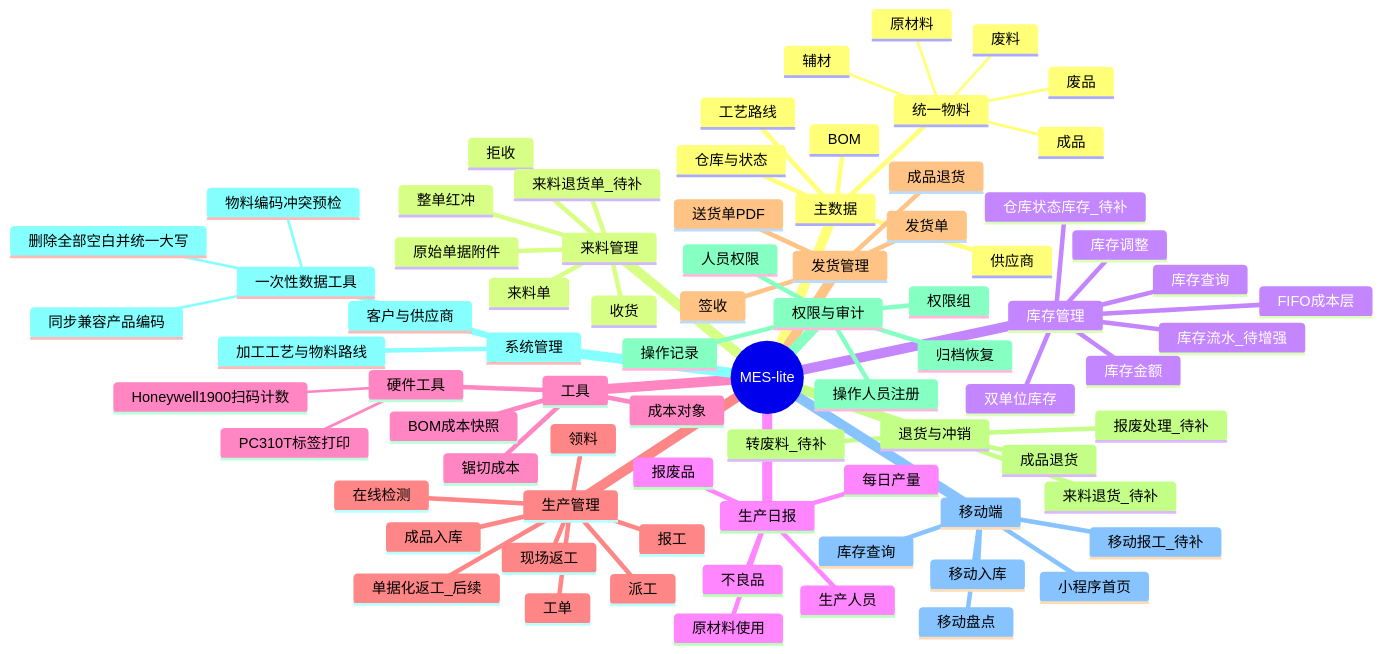
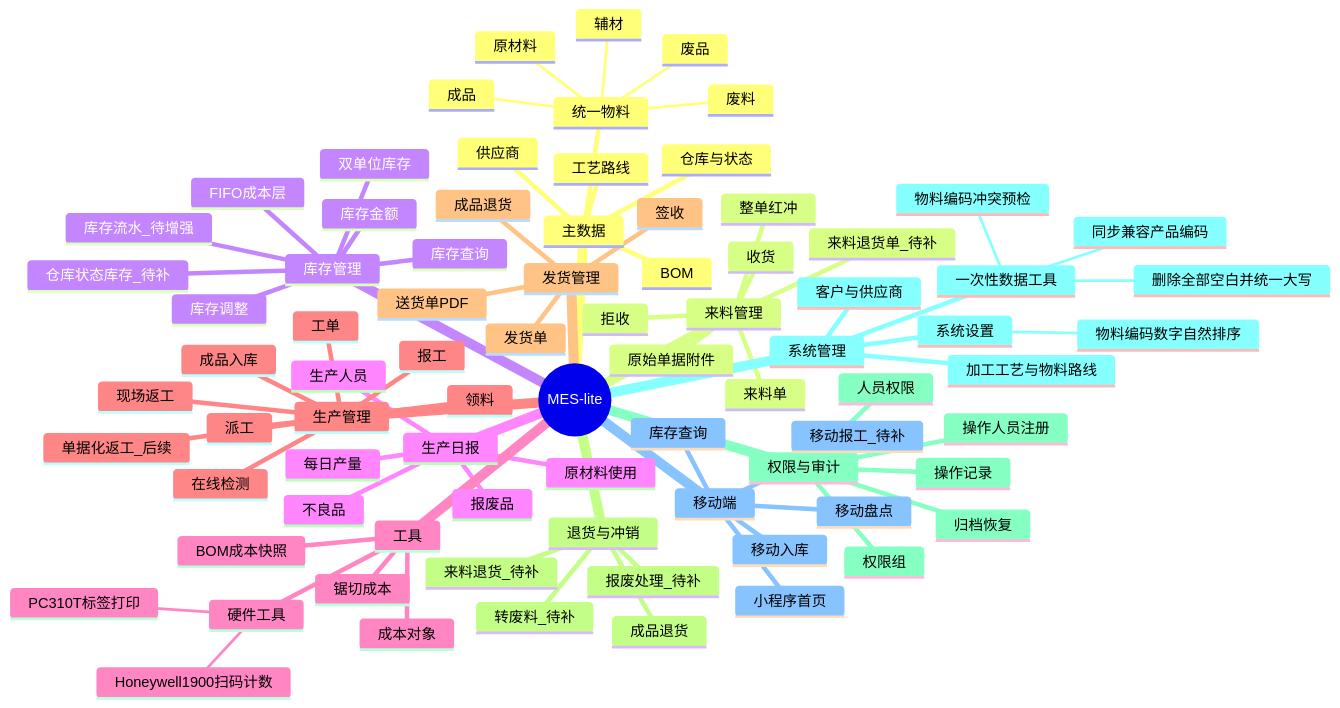
The first of 15 diagrams in docs/minierp/system-function-flow.md (goldf2/mes-lite), drawn with Mermaid before and after one commit. The commit also changed other lines of this file and 16 other files, not shown here.

```diff
--- a/docs/minierp/system-function-flow.md
+++ b/docs/minierp/system-function-flow.md
@@ -85,6 +85,8 @@
     系统管理
       客户与供应商
       加工工艺与物料路线
+      系统设置
+        物料编码数字自然排序
       一次性数据工具
         物料编码冲突预检
         删除全部空白并统一大写
```
